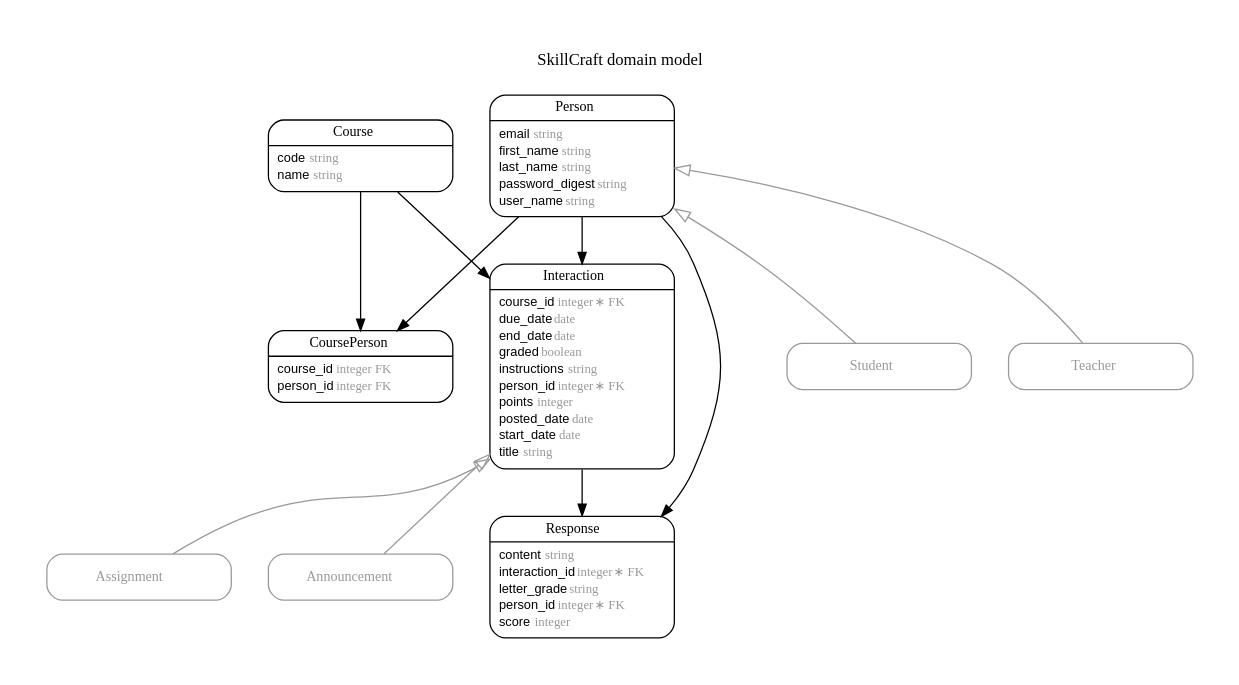
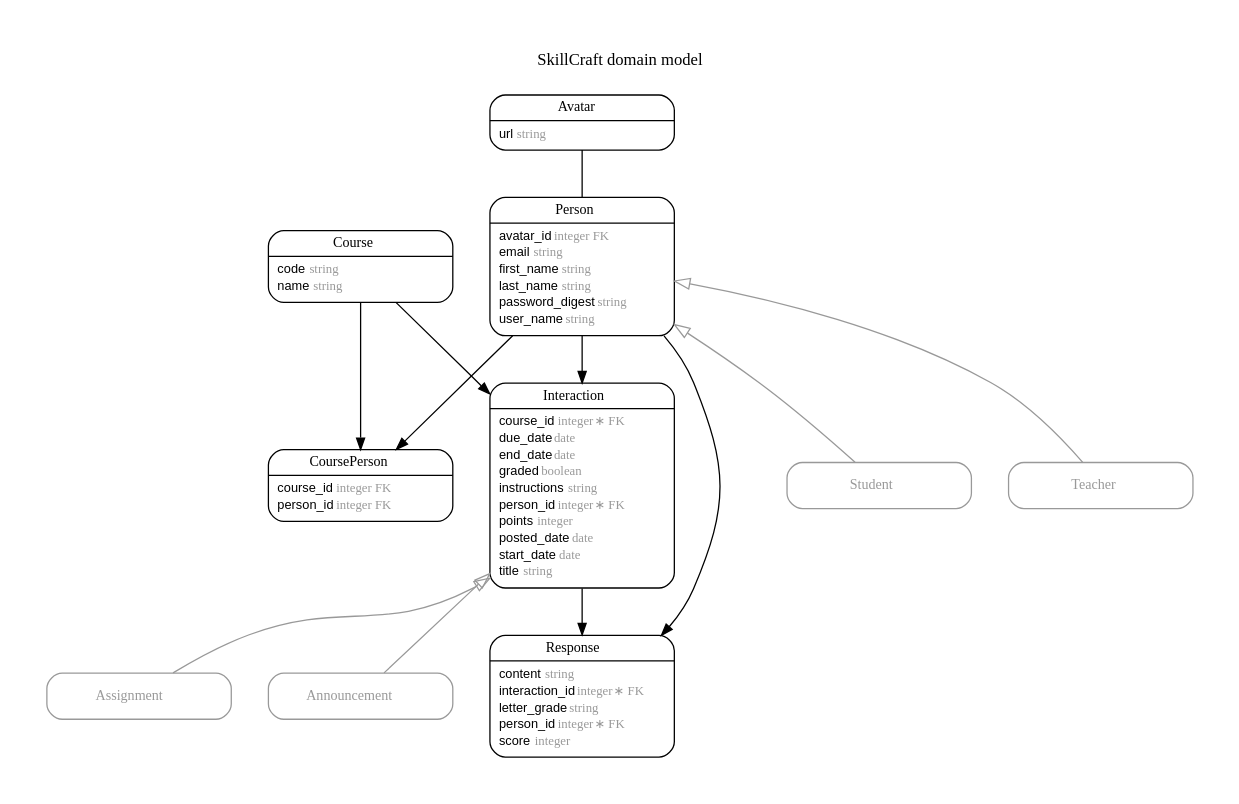
The diagram in erd.dot (FergusDevelopmentLLC/skillcraft), drawn with Graphviz before and after one commit. The commit also changed 22 other files, not shown here.

```diff
--- a/erd.dot
+++ b/erd.dot
@@ -1,101 +1,111 @@
 digraph SkillCraft {
 rankdir = "LR";
 ranksep = "0.5";
 nodesep = "0.4";
 pad = "0.4,0.4";
 margin = "0,0";
 concentrate = "true";
 labelloc = "t";
 fontsize = "13";
 fontname = "Arial Bold";
 splines = "spline";
 node[ shape  =  "Mrecord" , fontsize  =  "10" , fontname  =  "Arial" , margin  =  "0.07,0.05" , penwidth  =  "1.0"];
 edge[ fontname  =  "Arial" , fontsize  =  "7" , dir  =  "both" , arrowsize  =  "0.9" , penwidth  =  "1.0" , labelangle  =  "32" , labeldistance  =  "1.8"];
 rankdir = "TB";
 label = "SkillCraft domain model\n\n";
 m_Announcement [color = "grey60", fontcolor = "grey60", label = <{<table border="0" align="center" cellspacing="0.5" cellpadding="0" width="134">
   <tr><td align="center" valign="bottom" width="130"><font face="Arial Bold" point-size="11">Announcement</font></td></tr>
 </table>
 }>];
 m_Assignment [color = "grey60", fontcolor = "grey60", label = <{<table border="0" align="center" cellspacing="0.5" cellpadding="0" width="134">
   <tr><td align="center" valign="bottom" width="130"><font face="Arial Bold" point-size="11">Assignment</font></td></tr>
+</table>
+}>];
+m_Avatar [label = <{<table border="0" align="center" cellspacing="0.5" cellpadding="0" width="134">
+  <tr><td align="center" valign="bottom" width="130"><font face="Arial Bold" point-size="11">Avatar</font></td></tr>
+</table>
+|
+<table border="0" align="left" cellspacing="2" cellpadding="0" width="134">
+  <tr><td align="left" width="130" port="url">url <font face="Arial Italic" color="grey60">string</font></td></tr>
 </table>
 }>];
 m_Course [label = <{<table border="0" align="center" cellspacing="0.5" cellpadding="0" width="134">
   <tr><td align="center" valign="bottom" width="130"><font face="Arial Bold" point-size="11">Course</font></td></tr>
 </table>
 |
 <table border="0" align="left" cellspacing="2" cellpadding="0" width="134">
   <tr><td align="left" width="130" port="code">code <font face="Arial Italic" color="grey60">string</font></td></tr>
   <tr><td align="left" width="130" port="name">name <font face="Arial Italic" color="grey60">string</font></td></tr>
 </table>
 }>];
 m_CoursePerson [label = <{<table border="0" align="center" cellspacing="0.5" cellpadding="0" width="134">
   <tr><td align="center" valign="bottom" width="130"><font face="Arial Bold" point-size="11">CoursePerson</font></td></tr>
 </table>
 |
 <table border="0" align="left" cellspacing="2" cellpadding="0" width="134">
   <tr><td align="left" width="130" port="course_id">course_id <font face="Arial Italic" color="grey60">integer FK</font></td></tr>
   <tr><td align="left" width="130" port="person_id">person_id <font face="Arial Italic" color="grey60">integer FK</font></td></tr>
 </table>
 }>];
 m_Interaction [label = <{<table border="0" align="center" cellspacing="0.5" cellpadding="0" width="134">
   <tr><td align="center" valign="bottom" width="130"><font face="Arial Bold" point-size="11">Interaction</font></td></tr>
 </table>
 |
 <table border="0" align="left" cellspacing="2" cellpadding="0" width="134">
   <tr><td align="left" width="130" port="course_id">course_id <font face="Arial Italic" color="grey60">integer ∗ FK</font></td></tr>
   <tr><td align="left" width="130" port="due_date">due_date <font face="Arial Italic" color="grey60">date</font></td></tr>
   <tr><td align="left" width="130" port="end_date">end_date <font face="Arial Italic" color="grey60">date</font></td></tr>
   <tr><td align="left" width="130" port="graded">graded <font face="Arial Italic" color="grey60">boolean</font></td></tr>
   <tr><td align="left" width="130" port="instructions">instructions <font face="Arial Italic" color="grey60">string</font></td></tr>
   <tr><td align="left" width="130" port="person_id">person_id <font face="Arial Italic" color="grey60">integer ∗ FK</font></td></tr>
   <tr><td align="left" width="130" port="points">points <font face="Arial Italic" color="grey60">integer</font></td></tr>
   <tr><td align="left" width="130" port="posted_date">posted_date <font face="Arial Italic" color="grey60">date</font></td></tr>
   <tr><td align="left" width="130" port="start_date">start_date <font face="Arial Italic" color="grey60">date</font></td></tr>
   <tr><td align="left" width="130" port="title">title <font face="Arial Italic" color="grey60">string</font></td></tr>
 </table>
 }>];
 m_Person [label = <{<table border="0" align="center" cellspacing="0.5" cellpadding="0" width="134">
   <tr><td align="center" valign="bottom" width="130"><font face="Arial Bold" point-size="11">Person</font></td></tr>
 </table>
 |
 <table border="0" align="left" cellspacing="2" cellpadding="0" width="134">
+  <tr><td align="left" width="130" port="avatar_id">avatar_id <font face="Arial Italic" color="grey60">integer FK</font></td></tr>
   <tr><td align="left" width="130" port="email">email <font face="Arial Italic" color="grey60">string</font></td></tr>
   <tr><td align="left" width="130" port="first_name">first_name <font face="Arial Italic" color="grey60">string</font></td></tr>
   <tr><td align="left" width="130" port="last_name">last_name <font face="Arial Italic" color="grey60">string</font></td></tr>
   <tr><td align="left" width="130" port="password_digest">password_digest <font face="Arial Italic" color="grey60">string</font></td></tr>
   <tr><td align="left" width="130" port="user_name">user_name <font face="Arial Italic" color="grey60">string</font></td></tr>
 </table>
 }>];
 m_Response [label = <{<table border="0" align="center" cellspacing="0.5" cellpadding="0" width="134">
   <tr><td align="center" valign="bottom" width="130"><font face="Arial Bold" point-size="11">Response</font></td></tr>
 </table>
 |
 <table border="0" align="left" cellspacing="2" cellpadding="0" width="134">
   <tr><td align="left" width="130" port="content">content <font face="Arial Italic" color="grey60">string</font></td></tr>
   <tr><td align="left" width="130" port="interaction_id">interaction_id <font face="Arial Italic" color="grey60">integer ∗ FK</font></td></tr>
   <tr><td align="left" width="130" port="letter_grade">letter_grade <font face="Arial Italic" color="grey60">string</font></td></tr>
   <tr><td align="left" width="130" port="person_id">person_id <font face="Arial Italic" color="grey60">integer ∗ FK</font></td></tr>
   <tr><td align="left" width="130" port="score">score <font face="Arial Italic" color="grey60">integer</font></td></tr>
 </table>
 }>];
 m_Student [color = "grey60", fontcolor = "grey60", label = <{<table border="0" align="center" cellspacing="0.5" cellpadding="0" width="134">
   <tr><td align="center" valign="bottom" width="130"><font face="Arial Bold" point-size="11">Student</font></td></tr>
 </table>
 }>];
 m_Teacher [color = "grey60", fontcolor = "grey60", label = <{<table border="0" align="center" cellspacing="0.5" cellpadding="0" width="134">
   <tr><td align="center" valign="bottom" width="130"><font face="Arial Bold" point-size="11">Teacher</font></td></tr>
 </table>
 }>];
   m_Interaction -> m_Announcement [color = "grey60", arrowtail = "onormal", arrowhead = "none", arrowsize = "1.2"];
   m_Interaction -> m_Assignment [color = "grey60", arrowtail = "onormal", arrowhead = "none", arrowsize = "1.2"];
   m_Person -> m_Student [color = "grey60", arrowtail = "onormal", arrowhead = "none", arrowsize = "1.2"];
   m_Person -> m_Teacher [color = "grey60", arrowtail = "onormal", arrowhead = "none", arrowsize = "1.2"];
   m_Person -> m_CoursePerson [arrowhead = "normal", arrowtail = "none", weight = "4"];
+  m_Avatar -> m_Person [arrowhead = "none", arrowtail = "none", weight = "4"];
   m_Course -> m_Interaction [arrowhead = "normal", arrowtail = "none", weight = "4"];
   m_Person -> m_Interaction [arrowhead = "normal", arrowtail = "none", weight = "3"];
   m_Interaction -> m_Response [arrowhead = "normal", arrowtail = "none", weight = "4"];
   m_Course -> m_CoursePerson [arrowhead = "normal", arrowtail = "none", weight = "2"];
   m_Person -> m_Response [arrowhead = "normal", arrowtail = "none", weight = "1"];
 }
```
